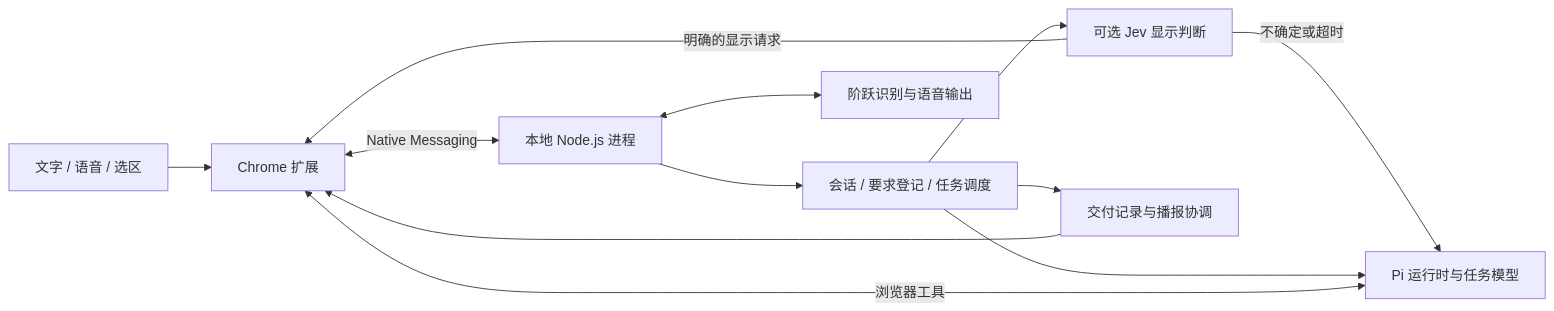
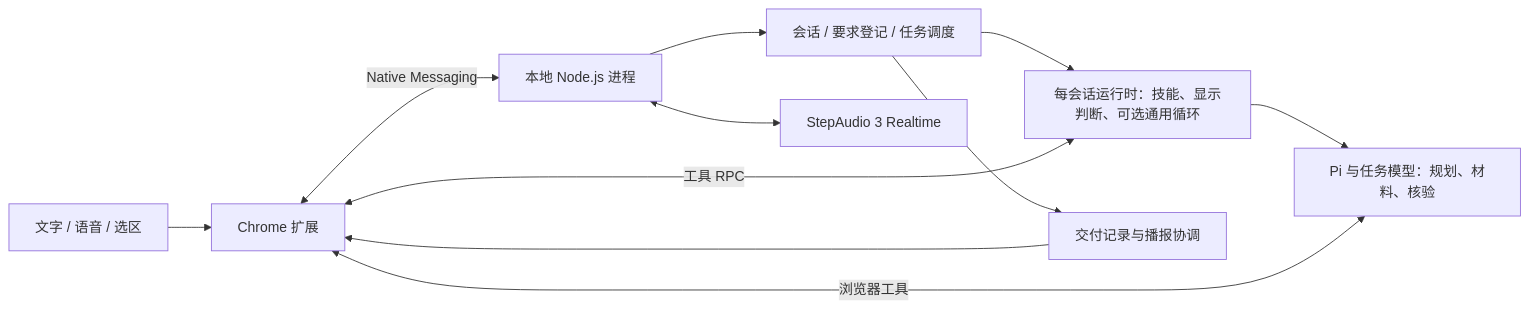
Before and after one commit to yishu-ziyu/By-Your-Side: the diagram in README.md, drawn with Mermaid. The commit also changed other lines of this file and 219 other files, not shown here.

````diff
--- a/README.md
+++ b/README.md
@@ -145,14 +153,13 @@
 ```mermaid
 flowchart LR
   U[文字 / 语音 / 选区] --> E[Chrome 扩展]
   E <-->|Native Messaging| A[本地 Node.js 进程]
   A --> Q[会话 / 要求登记 / 任务调度]
-  Q --> J[可选 Jev 显示判断]
-  J -->|明确的显示请求| E
-  J -->|不确定或超时| P
-  Q --> P[Pi 运行时与任务模型]
+  Q --> R[每会话运行时：技能、显示判断、可选通用循环]
+  R --> P[Pi 与任务模型：规划、材料、核验]
+  R <-->|工具 RPC| E
   P <-->|浏览器工具| E
-  A <--> V[阶跃识别与语音输出]
+  A <--> V[StepAudio 3 Realtime]
   Q --> D[交付记录与播报协调]
   D --> E
 ```
````
